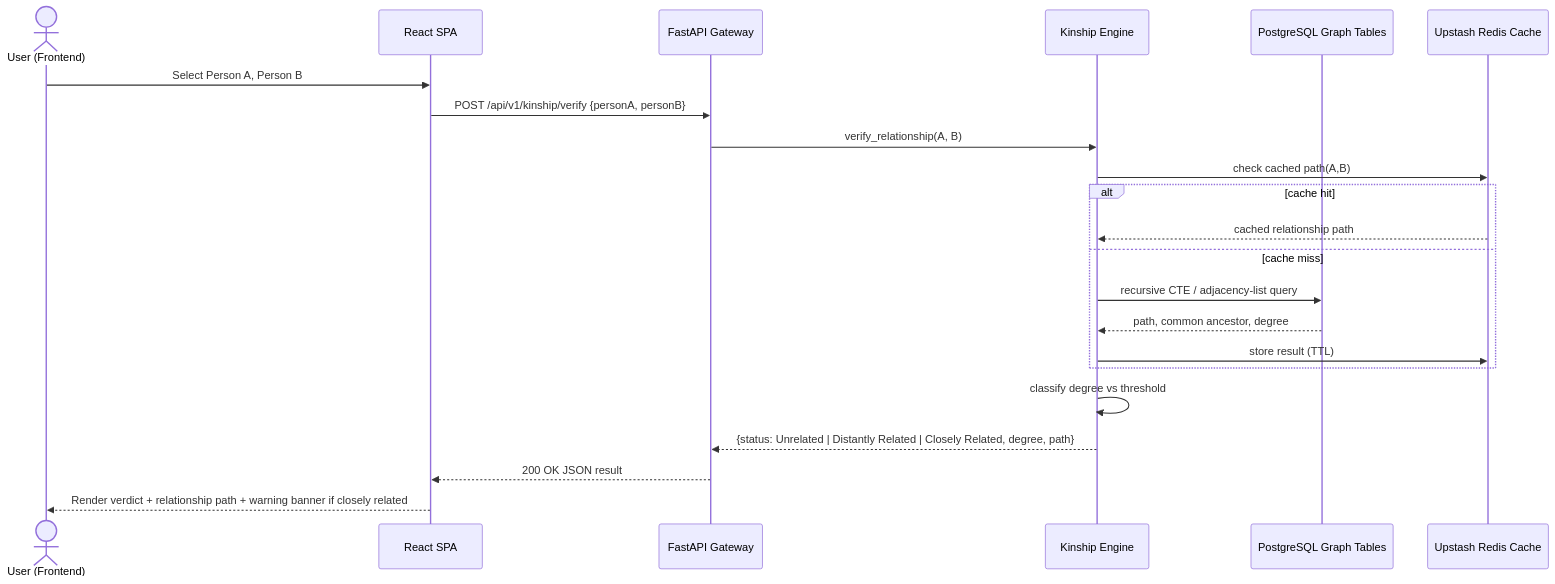
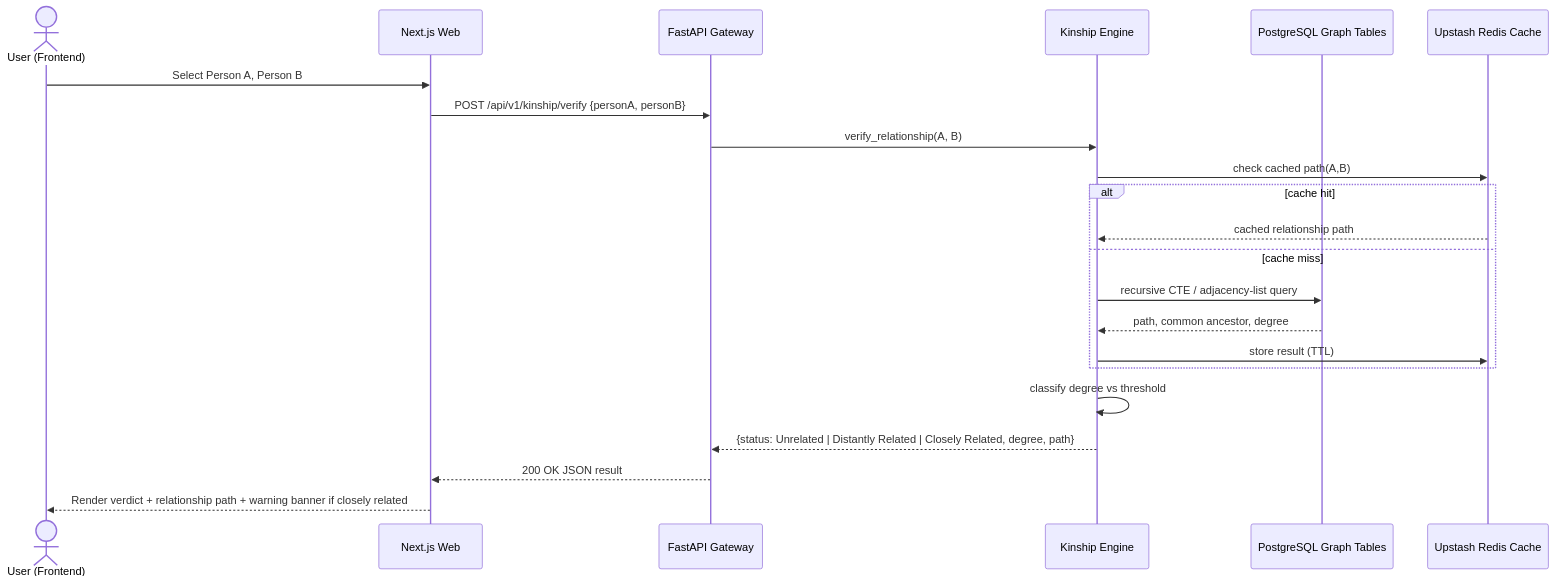
The second of 2 diagrams in README.md (thetruesammyjay/kinship), drawn with Mermaid before and after one commit. The commit also changed other lines of this file and 64 other files, not shown here.

First line of the commit message:
Migrate web app from Vite SPA to Next.js 15 App Router

````diff
--- a/README.md
+++ b/README.md
@@ -110,25 +110,25 @@
 ```mermaid
 sequenceDiagram
     actor User as User (Frontend)
-    participant FE as React SPA
+    participant FE as Next.js Web
     participant API as FastAPI Gateway
     participant KIN as Kinship Engine
     participant PG as PostgreSQL Graph Tables
     participant CACHE as Upstash Redis Cache
 
     User->>FE: Select Person A, Person B
     FE->>API: POST /api/v1/kinship/verify {personA, personB}
     API->>KIN: verify_relationship(A, B)
     KIN->>CACHE: check cached path(A,B)
     alt cache hit
         CACHE-->>KIN: cached relationship path
     else cache miss
         KIN->>PG: recursive CTE / adjacency-list query
         PG-->>KIN: path, common ancestor, degree
         KIN->>CACHE: store result (TTL)
     end
     KIN->>KIN: classify degree vs threshold
     KIN-->>API: {status: Unrelated | Distantly Related | Closely Related, degree, path}
     API-->>FE: 200 OK JSON result
     FE-->>User: Render verdict + relationship path + warning banner if closely related
 ```
````
